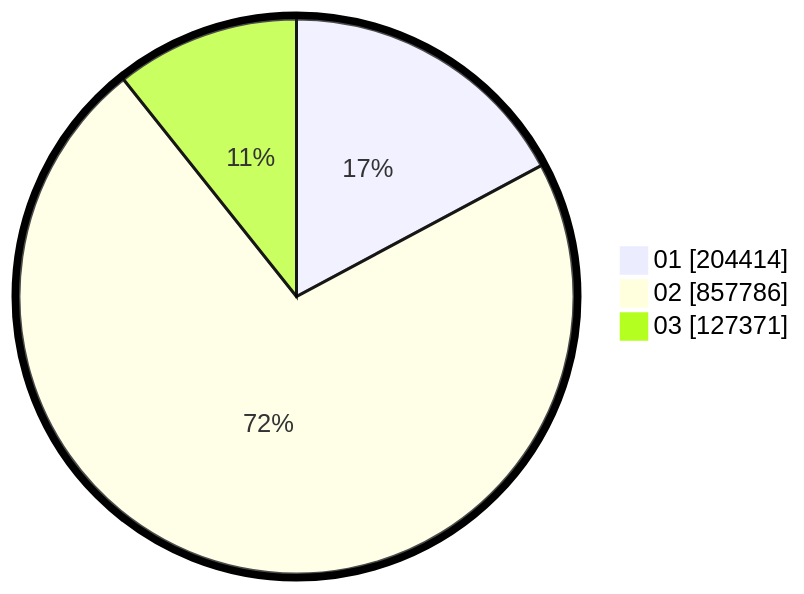
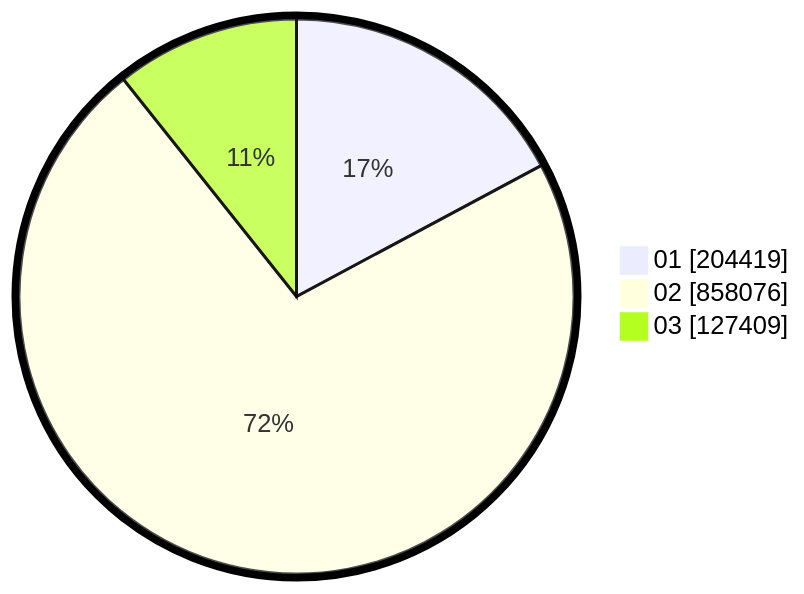
Before and after one commit to gigit-pemilu/pemilu-2024: the second of 2 diagrams in pilpres/hitung-suara/sub/table-wilayah-62.md, drawn with Mermaid. The commit also changed other lines of this file and 4 other files, not shown here.

````diff
--- a/pilpres/hitung-suara/sub/table-wilayah-62.md
+++ b/pilpres/hitung-suara/sub/table-wilayah-62.md
@@ -15,7 +15,7 @@
 ```mermaid
 %%{init: {"pie": {"textPosition": 0.5}, "themeVariables": {"pieOuterStrokeWidth": "5px"}} }%%
 pie showData
-    "01" : 204414
-    "02" : 857786
-    "03" : 127371
+    "01" : 204419
+    "02" : 858076
+    "03" : 127409
 ```
````
